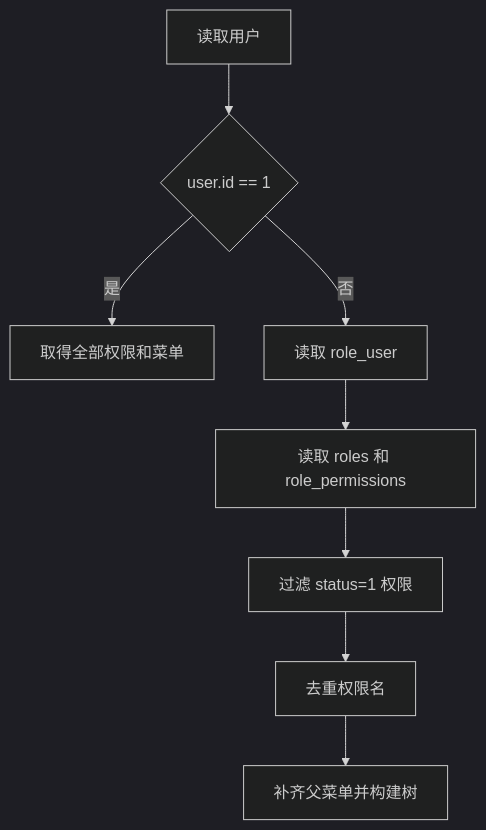
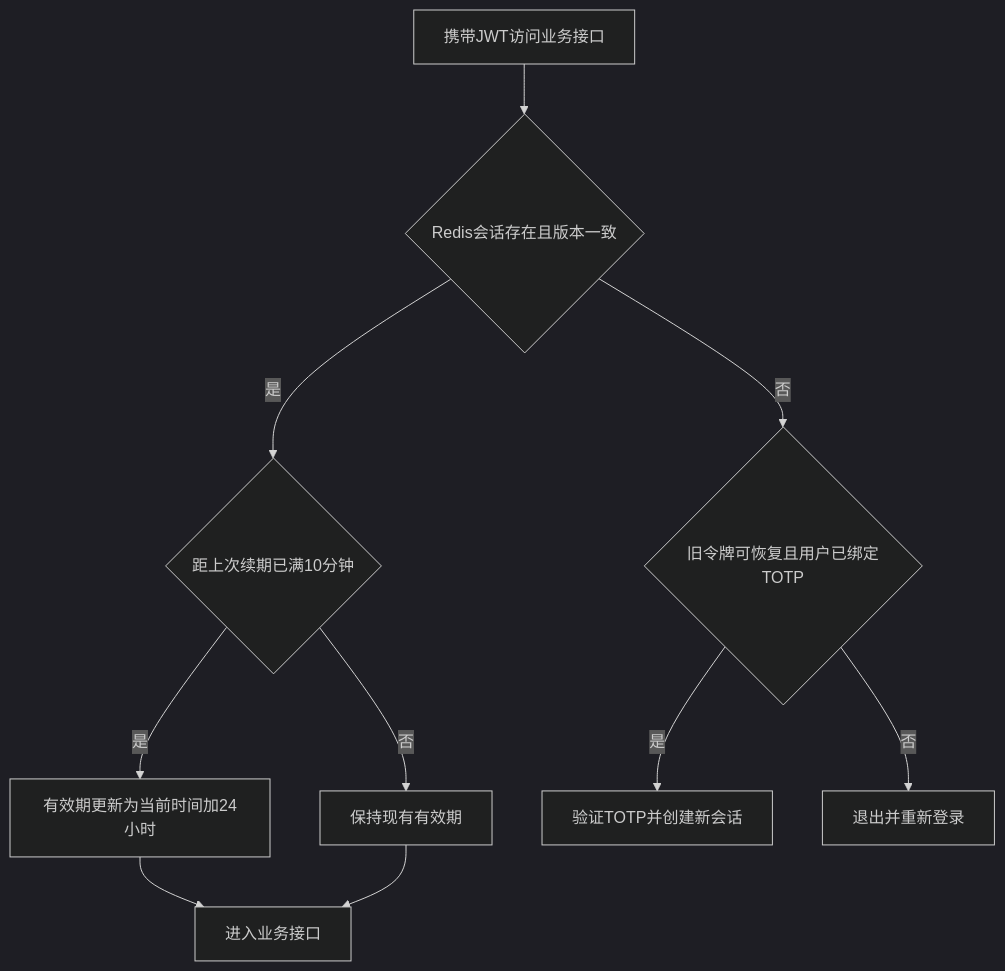
One commit to kongzhiao/tools-hyperf changed the second of 4 diagrams in docs/系统用户管理/业务流程图解.md. Above: the diagram before and after it, drawn with Mermaid (dark theme). The commit also changed other lines of this file and 106 other files, not shown here.

````diff
--- a/docs/系统用户管理/业务流程图解.md
+++ b/docs/系统用户管理/业务流程图解.md
@@ -34,10 +27,12 @@
 ```mermaid
 flowchart TD
-    A["读取用户"] --> B{"user.id == 1"}
-    B -- "是" --> C["取得全部权限和菜单"]
-    B -- "否" --> D["读取 role_user"]
-    D --> E["读取 roles 和 role_permissions"]
-    E --> F["过滤 status=1 权限"]
-    F --> G["去重权限名"]
-    G --> H["补齐父菜单并构建树"]
+    A["携带JWT访问业务接口"] --> B{"Redis会话存在且版本一致"}
+    B -- "是" --> C{"距上次续期已满10分钟"}
+    C -- "是" --> D["有效期更新为当前时间加24小时"]
+    C -- "否" --> E["保持现有有效期"]
+    D --> F["进入业务接口"]
+    E --> F
+    B -- "否" --> G{"旧令牌可恢复且用户已绑定TOTP"}
+    G -- "是" --> H["验证TOTP并创建新会话"]
+    G -- "否" --> I["退出并重新登录"]
 ```
````
